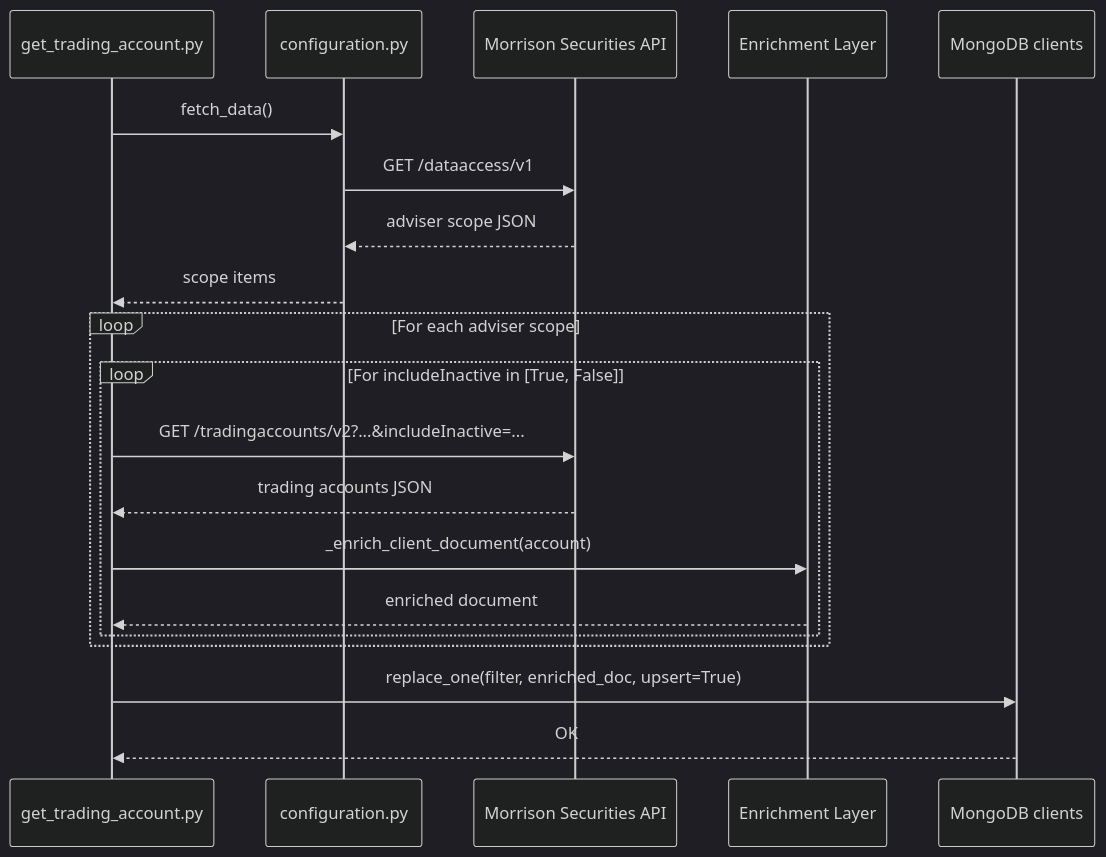
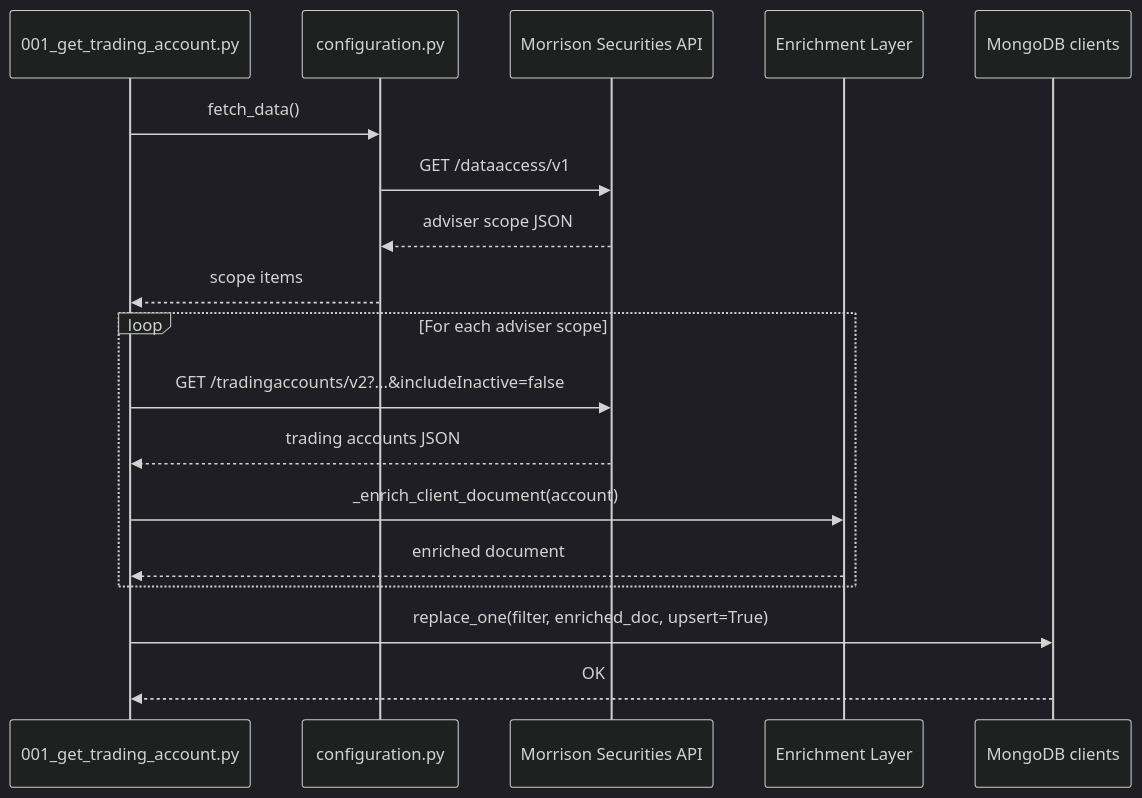
Before and after one commit to Vestra-Capital/VES-data-collection-processing: the fourth of 7 diagrams in README.md, drawn with Mermaid (dark theme). The commit also changed other lines of this file and 6 other files, not shown here.

Commit message:
dev-portfolio-trading-account-upsert-validation-structure-

````diff
--- a/README.md
+++ b/README.md
@@ -122,25 +134,23 @@
 ```mermaid
 sequenceDiagram
-    participant CLI as get_trading_account.py
+    participant CLI as 001_get_trading_account.py
     participant Config as configuration.py
     participant Morrison as Morrison Securities API
     participant Enrich as Enrichment Layer
     participant Mongo as MongoDB clients
 
     CLI->>Config: fetch_data()
     Config->>Morrison: GET /dataaccess/v1
     Morrison-->>Config: adviser scope JSON
     Config-->>CLI: scope items
 
     loop For each adviser scope
-        loop For includeInactive in [True, False]
-            CLI->>Morrison: GET /tradingaccounts/v2?...&includeInactive=...
-            Morrison-->>CLI: trading accounts JSON
-            CLI->>Enrich: _enrich_client_document(account)
-            Enrich-->>CLI: enriched document
-        end
+        CLI->>Morrison: GET /tradingaccounts/v2?...&includeInactive=false
+        Morrison-->>CLI: trading accounts JSON
+        CLI->>Enrich: _enrich_client_document(account)
+        Enrich-->>CLI: enriched document
     end
 
     CLI->>Mongo: replace_one(filter, enriched_doc, upsert=True)
     Mongo-->>CLI: OK
 ```
````
